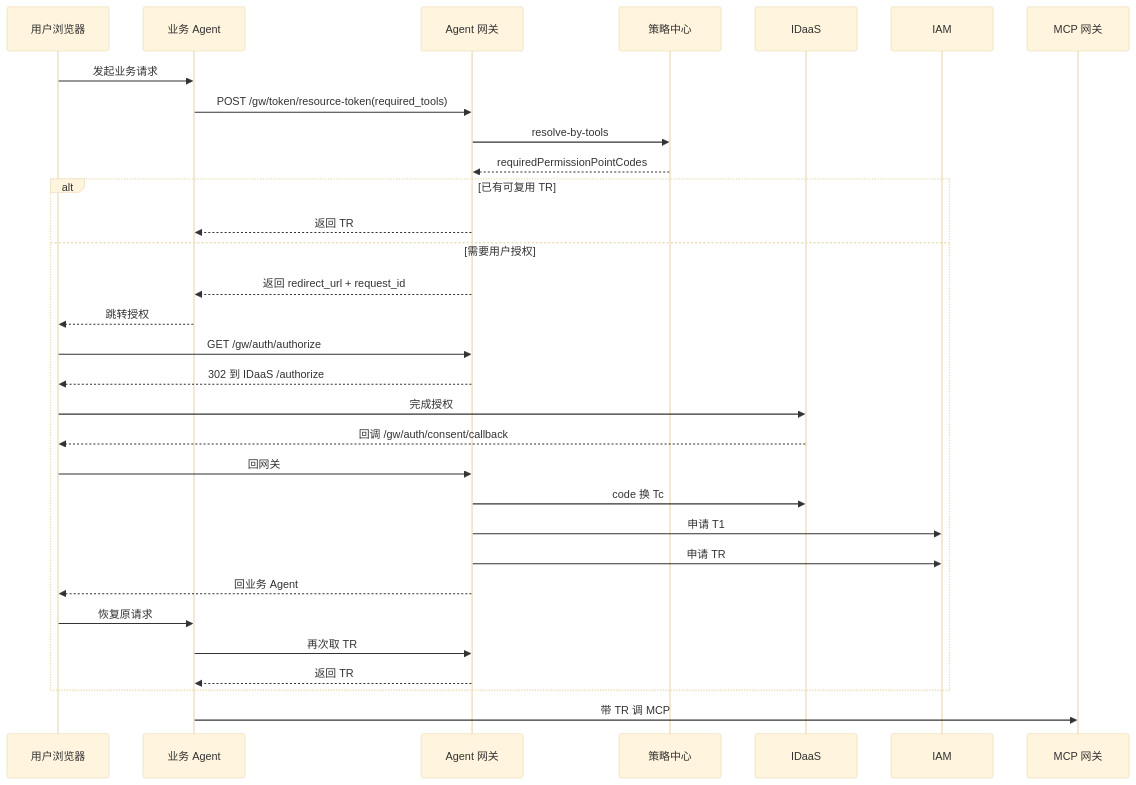
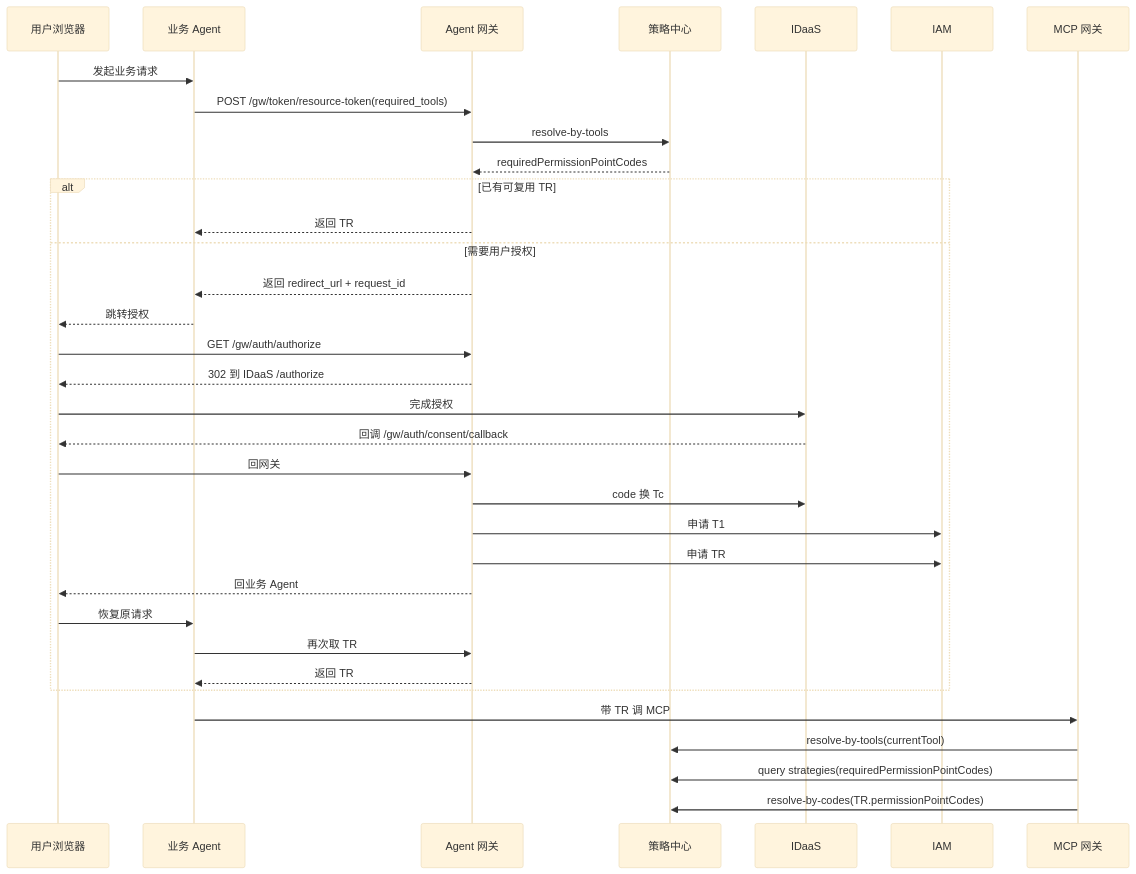
Before and after one commit to xuning117634-ux/auth-design-spec: the second of 2 diagrams in docs/final_design/quick_read/02_主流程速记.md, drawn with Mermaid (base theme). The commit also changed other lines of this file and 11 other files, not shown here.

````diff
--- a/docs/final_design/quick_read/02_主流程速记.md
+++ b/docs/final_design/quick_read/02_主流程速记.md
@@ -28,36 +28,39 @@
 ```mermaid
 sequenceDiagram
     participant 用户 as 用户浏览器
     participant Agent as 业务 Agent
     participant GW as Agent 网关
     participant PC as 策略中心
     participant IDaaS as IDaaS
     participant IAM as IAM
     participant MCP as MCP 网关
 
     用户->>Agent: 发起业务请求
     Agent->>GW: POST /gw/token/resource-token(required_tools)
     GW->>PC: resolve-by-tools
     PC-->>GW: requiredPermissionPointCodes
 
     alt 已有可复用 TR
         GW-->>Agent: 返回 TR
     else 需要用户授权
         GW-->>Agent: 返回 redirect_url + request_id
         Agent-->>用户: 跳转授权
         用户->>GW: GET /gw/auth/authorize
         GW-->>用户: 302 到 IDaaS /authorize
         用户->>IDaaS: 完成授权
         IDaaS-->>用户: 回调 /gw/auth/consent/callback
         用户->>GW: 回网关
         GW->>IDaaS: code 换 Tc
         GW->>IAM: 申请 T1
         GW->>IAM: 申请 TR
         GW-->>用户: 回业务 Agent
         用户->>Agent: 恢复原请求
         Agent->>GW: 再次取 TR
         GW-->>Agent: 返回 TR
     end
 
     Agent->>MCP: 带 TR 调 MCP
+    MCP->>PC: resolve-by-tools(currentTool)
+    MCP->>PC: query strategies(requiredPermissionPointCodes)
+    MCP->>PC: resolve-by-codes(TR.permissionPointCodes)
 ```
````
